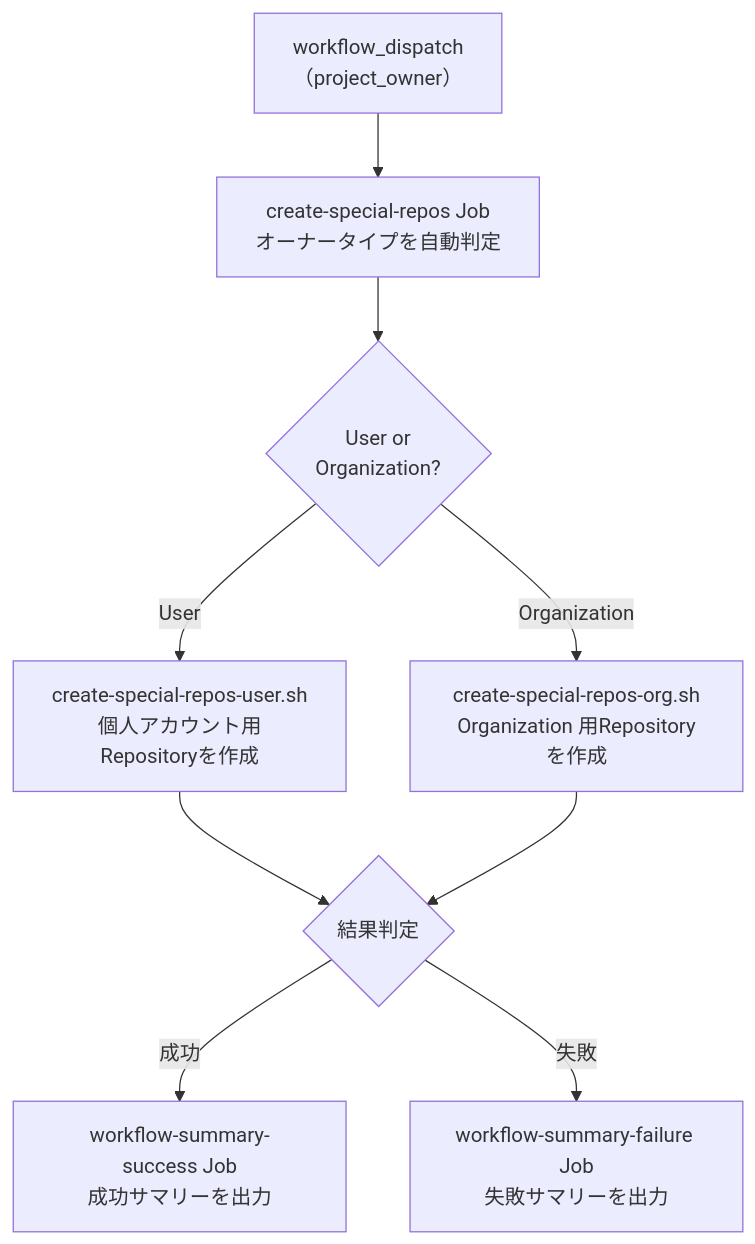
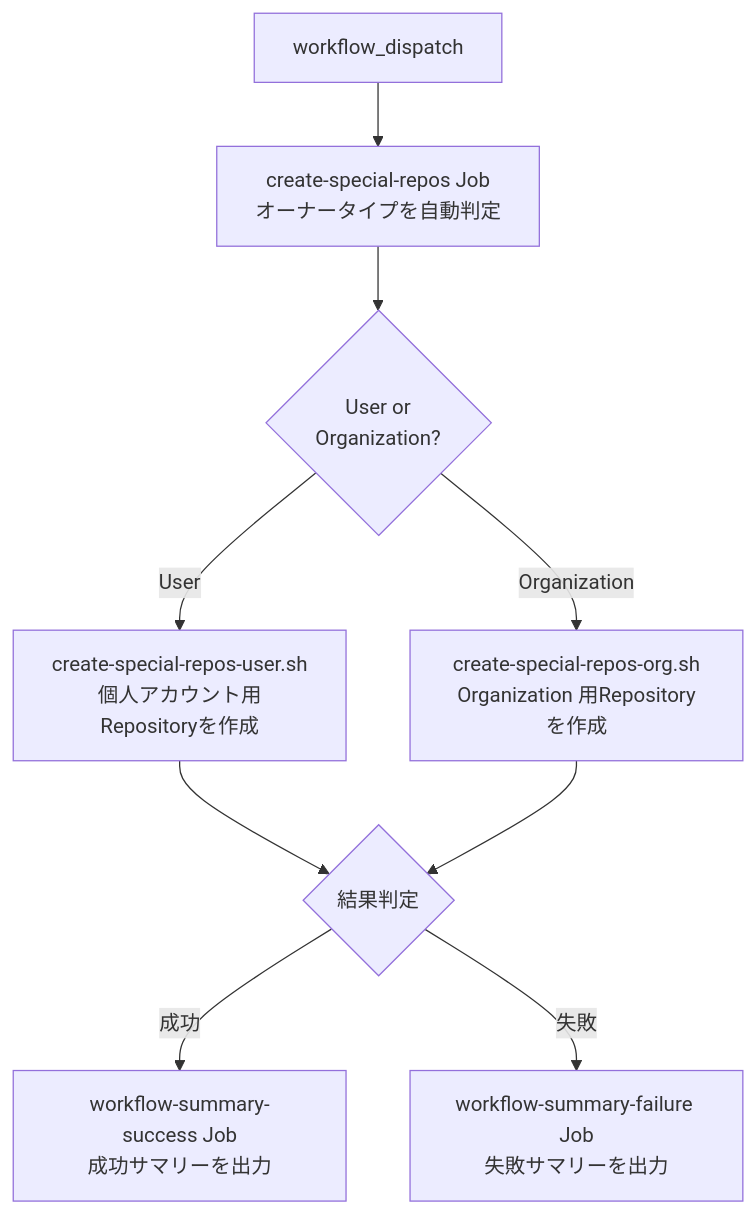
One commit to mabubu0203/github-projects-starter-kit changed the diagram in docs/workflows/06-create-special-repos.md. Above: the diagram before and after it, drawn with Mermaid. The commit also changed other lines of this file and 3 other files, not shown here.

````diff
--- a/docs/workflows/06-create-special-repos.md
+++ b/docs/workflows/06-create-special-repos.md
@@ -69,10 +61,10 @@
 ```mermaid
 flowchart TD
-    A["workflow_dispatch\n（project_owner）"] --> B["create-special-repos Job\nオーナータイプを自動判定"]
+    A["workflow_dispatch"] --> B["create-special-repos Job\nオーナータイプを自動判定"]
     B --> C{"User or\nOrganization?"}
     C -- "User" --> D["create-special-repos-user.sh\n個人アカウント用Repositoryを作成"]
     C -- "Organization" --> E["create-special-repos-org.sh\nOrganization 用Repositoryを作成"]
     D & E --> F{"結果判定"}
     F -- "成功" --> G["workflow-summary-success Job\n成功サマリーを出力"]
     F -- "失敗" --> H["workflow-summary-failure Job\n失敗サマリーを出力"]
 ```
````
